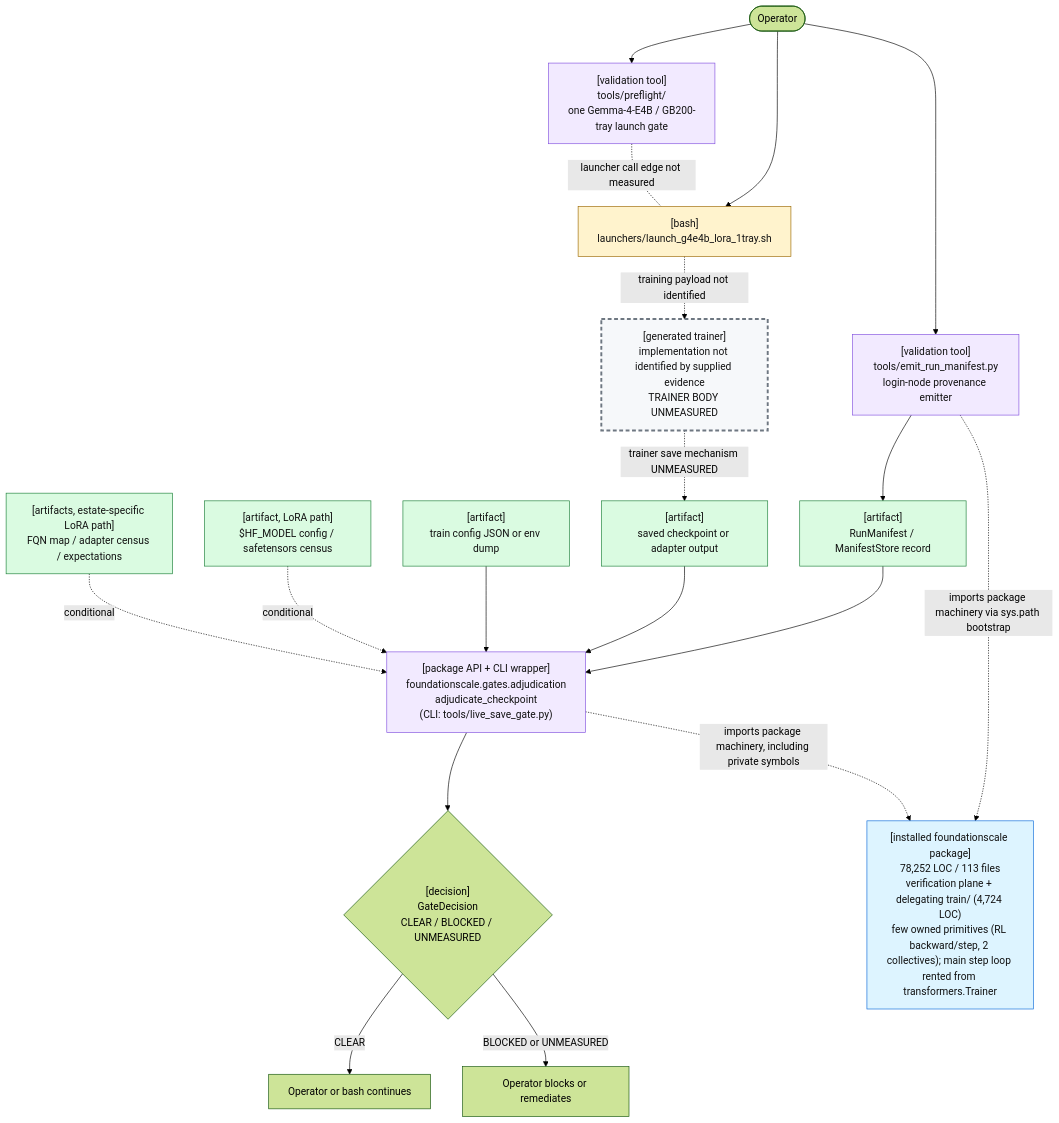
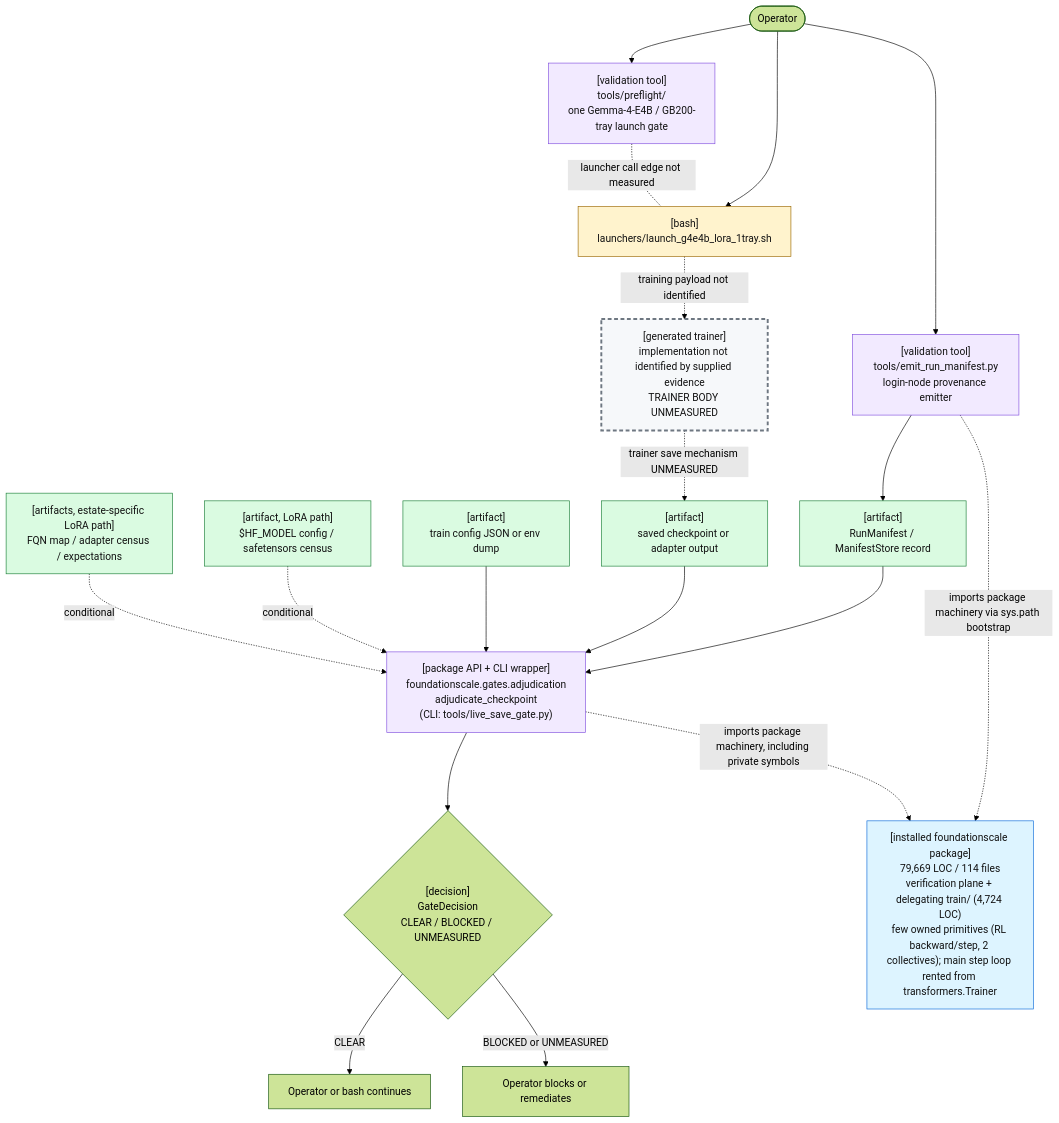
The first of 2 diagrams in docs/review/D2_current_architecture.md (TranNhiem/FoundationScale), drawn with Mermaid (forest theme) before and after one commit. The commit also changed other lines of this file and 10 other files, not shown here.

````diff
--- a/docs/review/D2_current_architecture.md
+++ b/docs/review/D2_current_architecture.md
@@ -25,59 +25,59 @@
 ```mermaid
 flowchart TB
   O(["Operator"])
 
   PF["[validation tool]<br/>tools/preflight/<br/>one Gemma-4-E4B / GB200-tray launch gate"]
   L["[bash]<br/>launchers/launch_g4e4b_lora_1tray.sh"]
 
   E["[validation tool]<br/>tools/emit_run_manifest.py<br/>login-node provenance emitter"]
   M["[artifact]<br/>RunManifest / ManifestStore record"]
 
   T["[generated trainer]<br/>implementation not identified by supplied evidence<br/>TRAINER BODY UNMEASURED"]
   C["[artifact]<br/>saved checkpoint or adapter output"]
 
   G["[package API + CLI wrapper]<br/>foundationscale.gates.adjudication<br/>adjudicate_checkpoint<br/>(CLI: tools/live_save_gate.py)"]
   CFG["[artifact]<br/>train config JSON or env dump"]
   BASE["[artifact, LoRA path]<br/>$HF_MODEL config / safetensors census"]
   CEN["[artifacts, estate-specific LoRA path]<br/>FQN map / adapter census / expectations"]
 
   D{"[decision]<br/>GateDecision<br/>CLEAR / BLOCKED / UNMEASURED"}
   OK["Operator or bash continues"]
   NO["Operator blocks or remediates"]
 
-  PKG["[installed foundationscale package]<br/>78,252 LOC / 113 files<br/>verification plane + delegating train/ (4,724 LOC)<br/>few owned primitives (RL backward/step, 2 collectives); main step loop rented from transformers.Trainer"]
+  PKG["[installed foundationscale package]<br/>79,669 LOC / 114 files<br/>verification plane + delegating train/ (4,724 LOC)<br/>few owned primitives (RL backward/step, 2 collectives); main step loop rented from transformers.Trainer"]
 
   O --> PF
   O --> L
   PF -. "launcher call edge not measured" .- L
 
   O --> E
   E --> M
 
   L -. "training payload not identified" .-> T
   T -. "trainer save mechanism UNMEASURED" .-> C
 
   M --> G
   C --> G
   CFG --> G
   BASE -. "conditional" .-> G
   CEN -. "conditional" .-> G
 
   E -. "imports package machinery via sys.path bootstrap" .-> PKG
   G -. "imports package machinery, including private symbols" .-> PKG
 
   G --> D
   D -->|"CLEAR"| OK
   D -->|"BLOCKED or UNMEASURED"| NO
 
   classDef bash fill:#fff3cd,stroke:#9a6700,color:#111;
   classDef tool fill:#f2eaff,stroke:#8250df,color:#111;
   classDef artifact fill:#dafbe1,stroke:#1a7f37,color:#111;
   classDef gap fill:#f6f8fa,stroke:#6e7781,stroke-width:3px,stroke-dasharray: 6 4,color:#111;
   classDef pkg fill:#ddf4ff,stroke:#0969da,color:#111;
 
   class L bash;
   class PF,E,G tool;
   class M,C,CFG,BASE,CEN artifact;
   class T gap;
   class PKG pkg;
 ```
````
